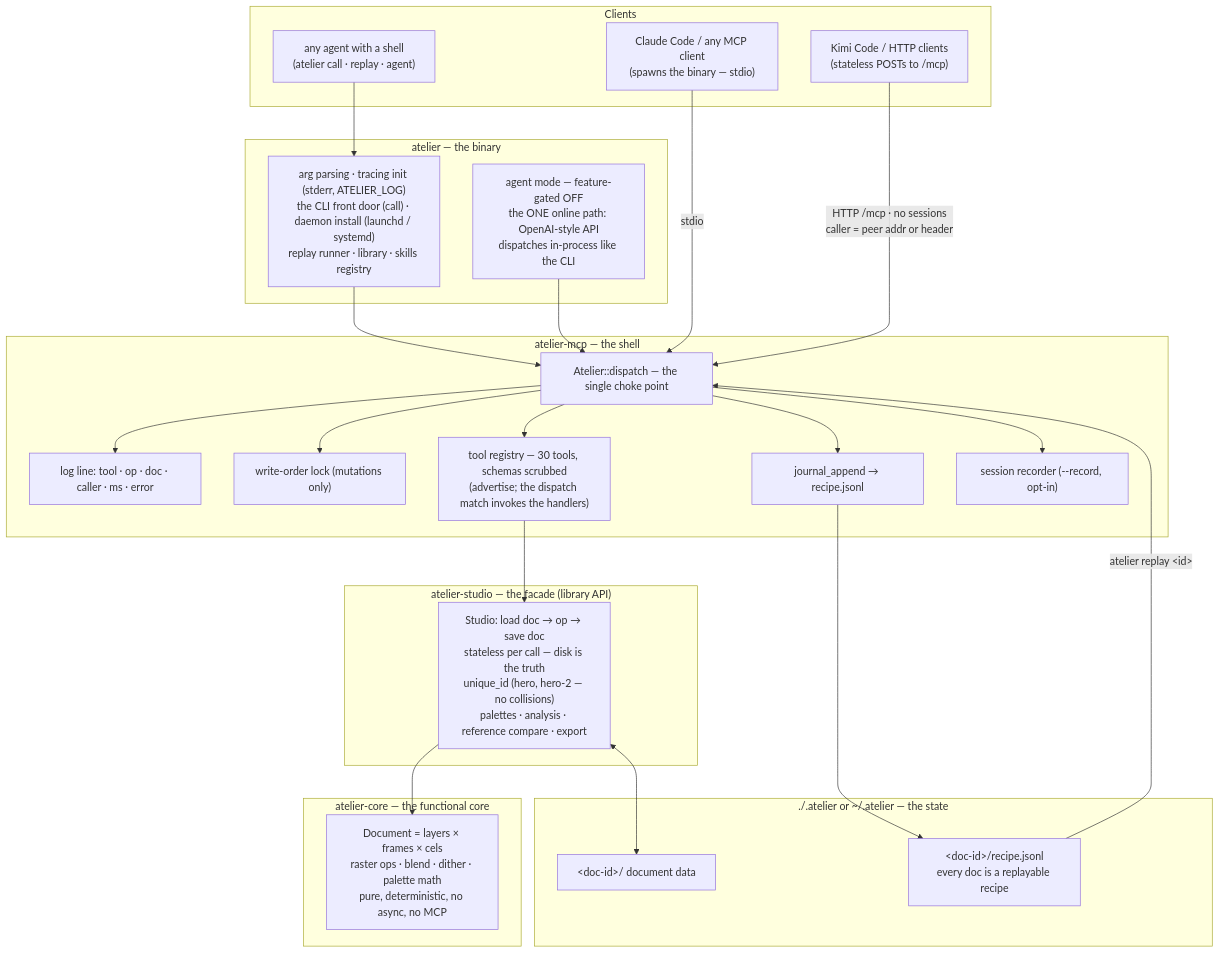
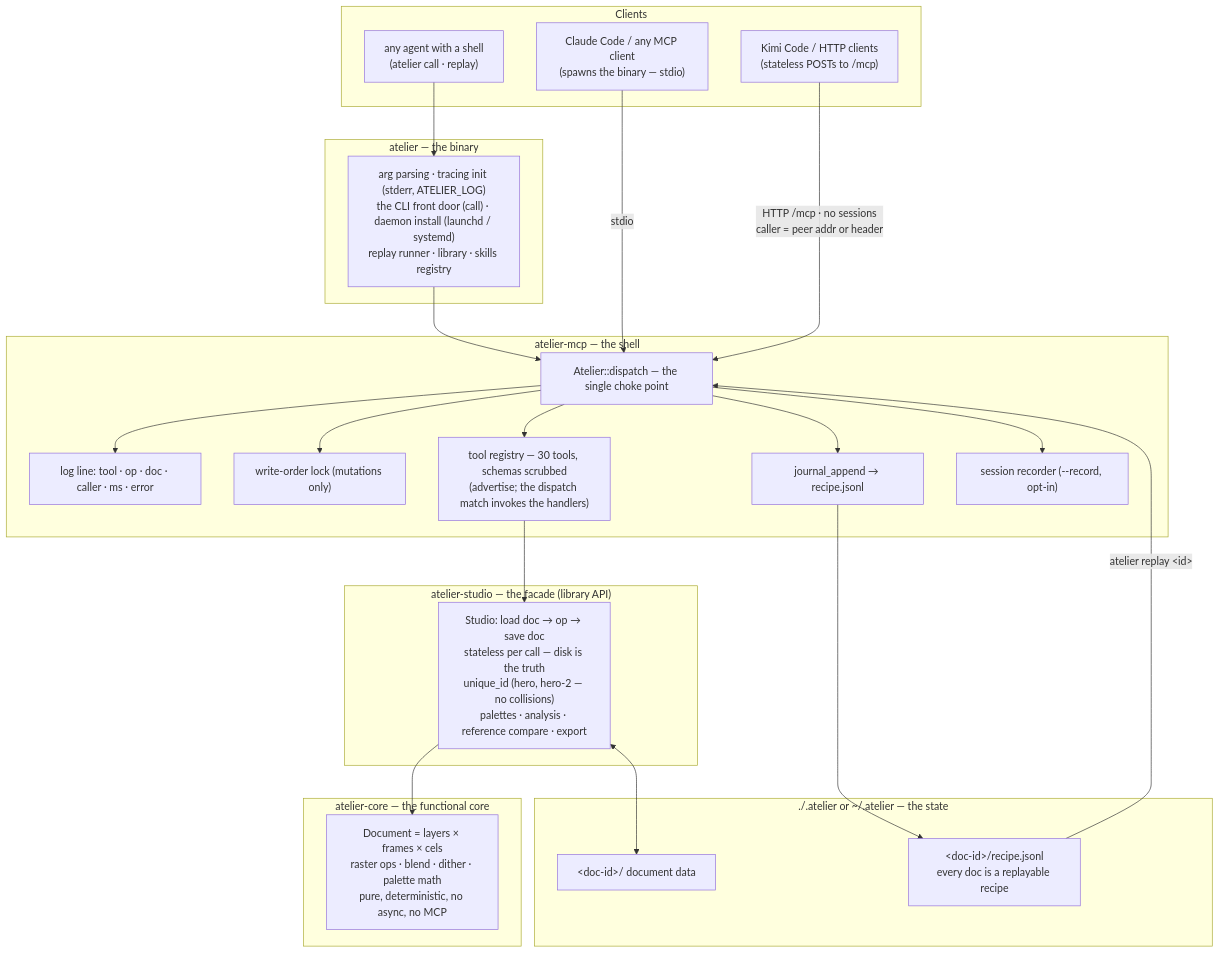
One commit to marmikshah/atelier changed the diagram in docs/ARCHITECTURE.md. Above: the diagram before and after it, drawn with Mermaid. The commit also changed other lines of this file and 27 other files, not shown here.

Commit message:
Prepare v1.8.0 and remove atelier agent

````diff
--- a/docs/ARCHITECTURE.md
+++ b/docs/ARCHITECTURE.md
@@ -43,51 +43,49 @@
 ```mermaid
 flowchart TB
     subgraph clients["Clients"]
-        shell["any agent with a shell<br/>(atelier call · replay · agent)"]
+        shell["any agent with a shell<br/>(atelier call · replay)"]
         cc["Claude Code / any MCP client<br/>(spawns the binary — stdio)"]
         kimi["Kimi Code / HTTP clients<br/>(stateless POSTs to /mcp)"]
     end
 
     subgraph bin["atelier — the binary"]
         main["arg parsing · tracing init (stderr, ATELIER_LOG)<br/>the CLI front door (call) · daemon install (launchd / systemd)<br/>replay runner · library · skills registry"]
-        agent["agent mode — feature-gated OFF<br/>the ONE online path: OpenAI-style API<br/>dispatches in-process like the CLI"]
     end
 
     subgraph mcp["atelier-mcp — the shell"]
         dispatch["Atelier::dispatch — the single choke point"]
         log["log line: tool · op · doc · caller · ms · error"]
         order["write-order lock (mutations only)"]
         router["tool registry — 30 tools, schemas scrubbed<br/>(advertise; the dispatch match invokes the handlers)"]
         journal["journal_append → recipe.jsonl"]
         recorder["session recorder (--record, opt-in)"]
     end
 
     subgraph studio["atelier-studio — the facade (library API)"]
         facade["Studio: load doc → op → save doc<br/>stateless per call — disk is the truth<br/>unique_id (hero, hero-2 — no collisions)<br/>palettes · analysis · reference compare · export"]
     end
 
     subgraph core["atelier-core — the functional core"]
         model["Document = layers × frames × cels<br/>raster ops · blend · dither · palette math<br/>pure, deterministic, no async, no MCP"]
     end
 
     subgraph disk["./.atelier or ~/.atelier — the state"]
         store["&lt;doc-id&gt;/ document data"]
         recipe["&lt;doc-id&gt;/recipe.jsonl<br/>every doc is a replayable recipe"]
     end
 
     shell --> main
     cc -- stdio --> dispatch
     kimi -- "HTTP /mcp · no sessions<br/>caller = peer addr or header" --> dispatch
     main --> dispatch
-    agent --> dispatch
     dispatch --> log
     dispatch --> order
     dispatch --> router
     dispatch --> journal
     dispatch --> recorder
     router --> facade
     facade --> model
     facade <--> store
     journal --> recipe
     recipe -- "atelier replay &lt;id&gt;" --> dispatch
 ```
````
